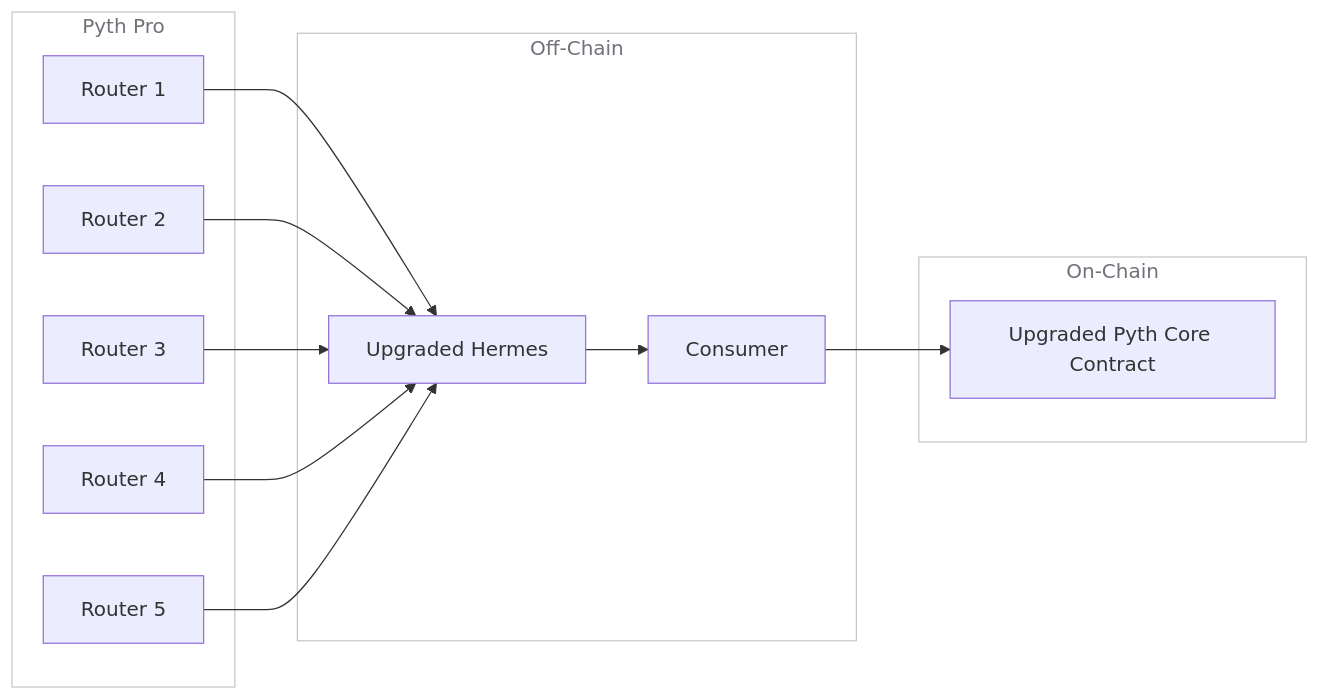
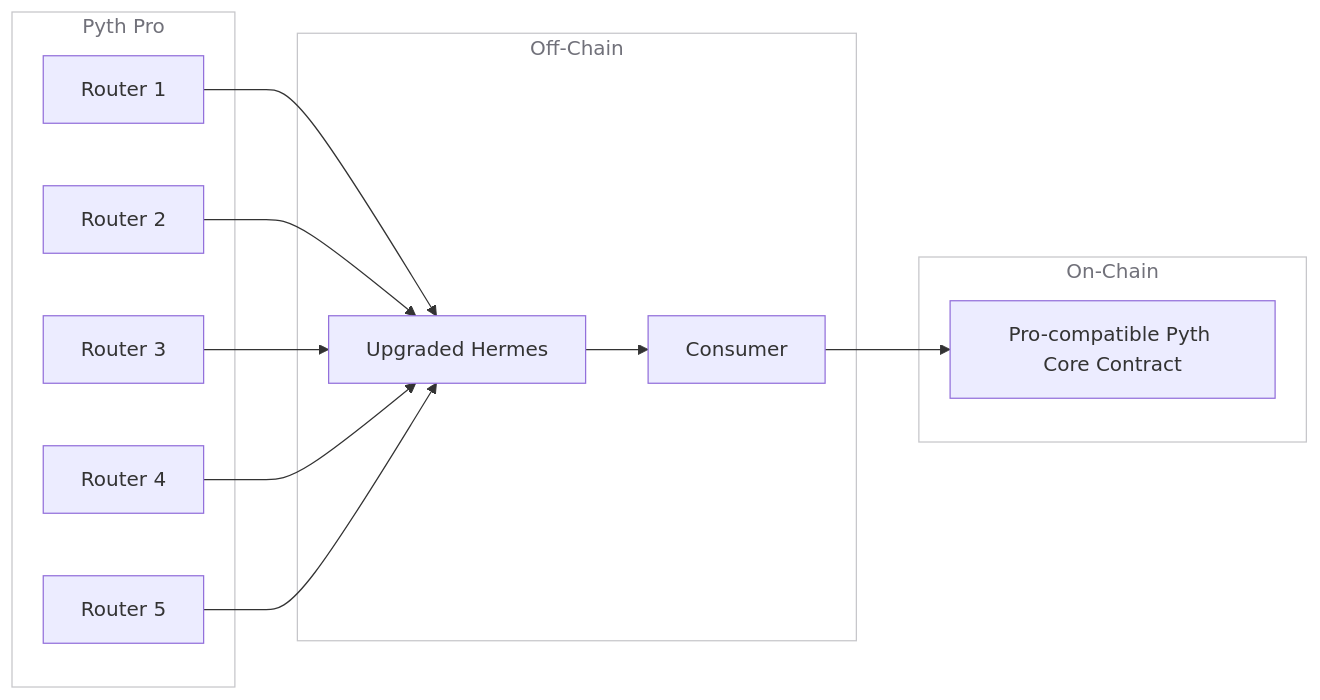
One commit to pyth-network/pyth-crosschain changed the diagram in apps/developer-hub/content/docs/price-feeds/core/upgrade/how-it-works.mdx. Above: the diagram before and after it, drawn with Mermaid. The commit also changed other lines of this file and 8 other files, not shown here.

First line of the commit message:
docs(upgrade): call upgraded contracts "Pro-compatible"

````diff
--- a/apps/developer-hub/content/docs/price-feeds/core/upgrade/how-it-works.mdx
+++ b/apps/developer-hub/content/docs/price-feeds/core/upgrade/how-it-works.mdx
@@ -14,32 +14,32 @@
 ```mermaid
 graph LR
   subgraph PythPro ["<span style='color:#71717a'>Pyth Pro</span>"]
     R1[Router 1]
     R2[Router 2]
     R3[Router 3]
     R4[Router 4]
     R5[Router 5]
   end
 
   subgraph OffChain ["<span style='color:#71717a'>Off-Chain</span>"]
     H[Upgraded Hermes]
     C[Consumer]
   end
 
   subgraph OnChain ["<span style='color:#71717a'>On-Chain</span>"]
-    P[Upgraded Pyth Core Contract]
+    P[Pro-compatible Pyth Core Contract]
   end
 
   R1 --> H
   R2 --> H
   R3 --> H
   R4 --> H
   R5 --> H
 
   H --> C
   C --> P
 
   style PythPro fill:none,stroke:#71717a,stroke-opacity:0.4
   style OffChain fill:none,stroke:#71717a,stroke-opacity:0.4
   style OnChain fill:none,stroke:#71717a,stroke-opacity:0.4
 ```
````
